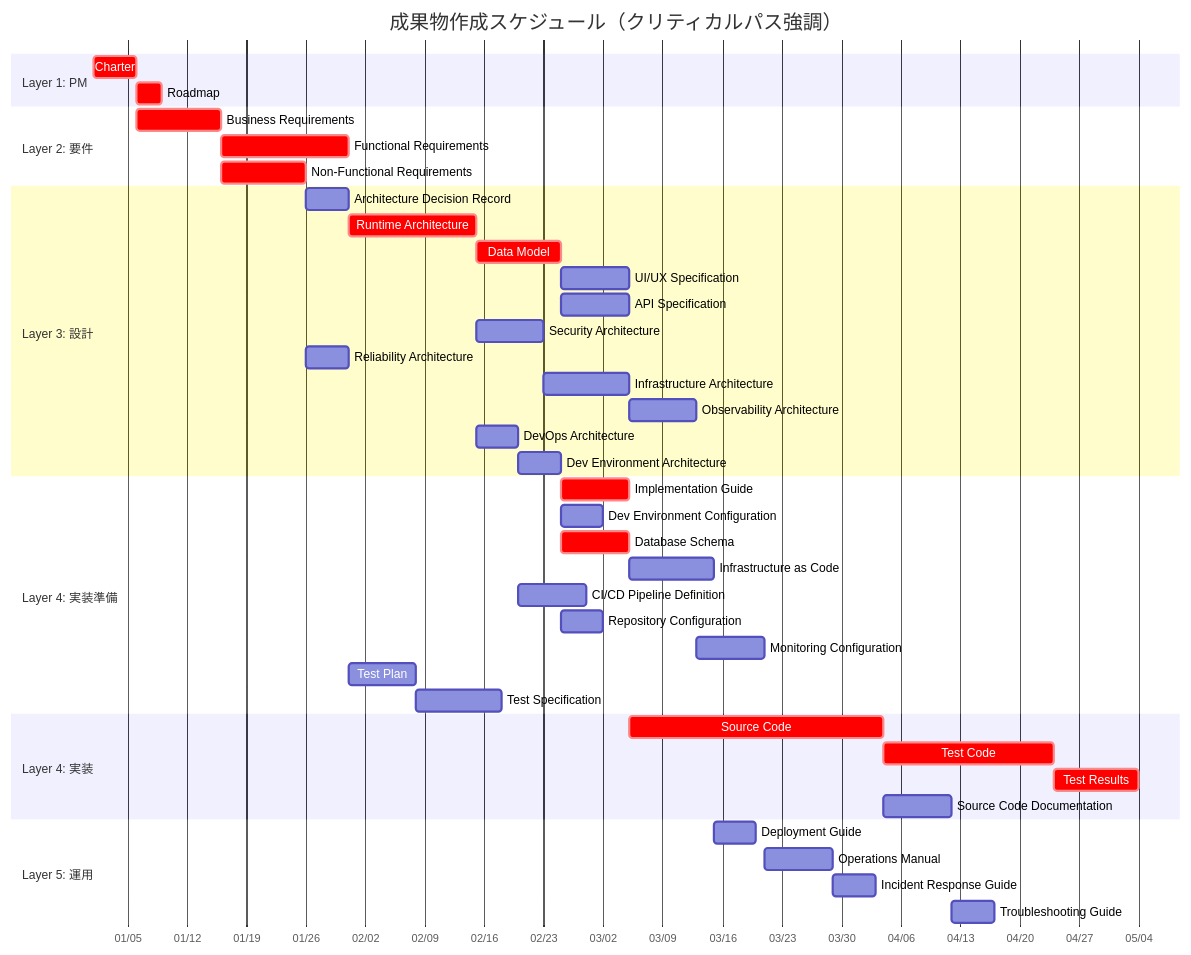
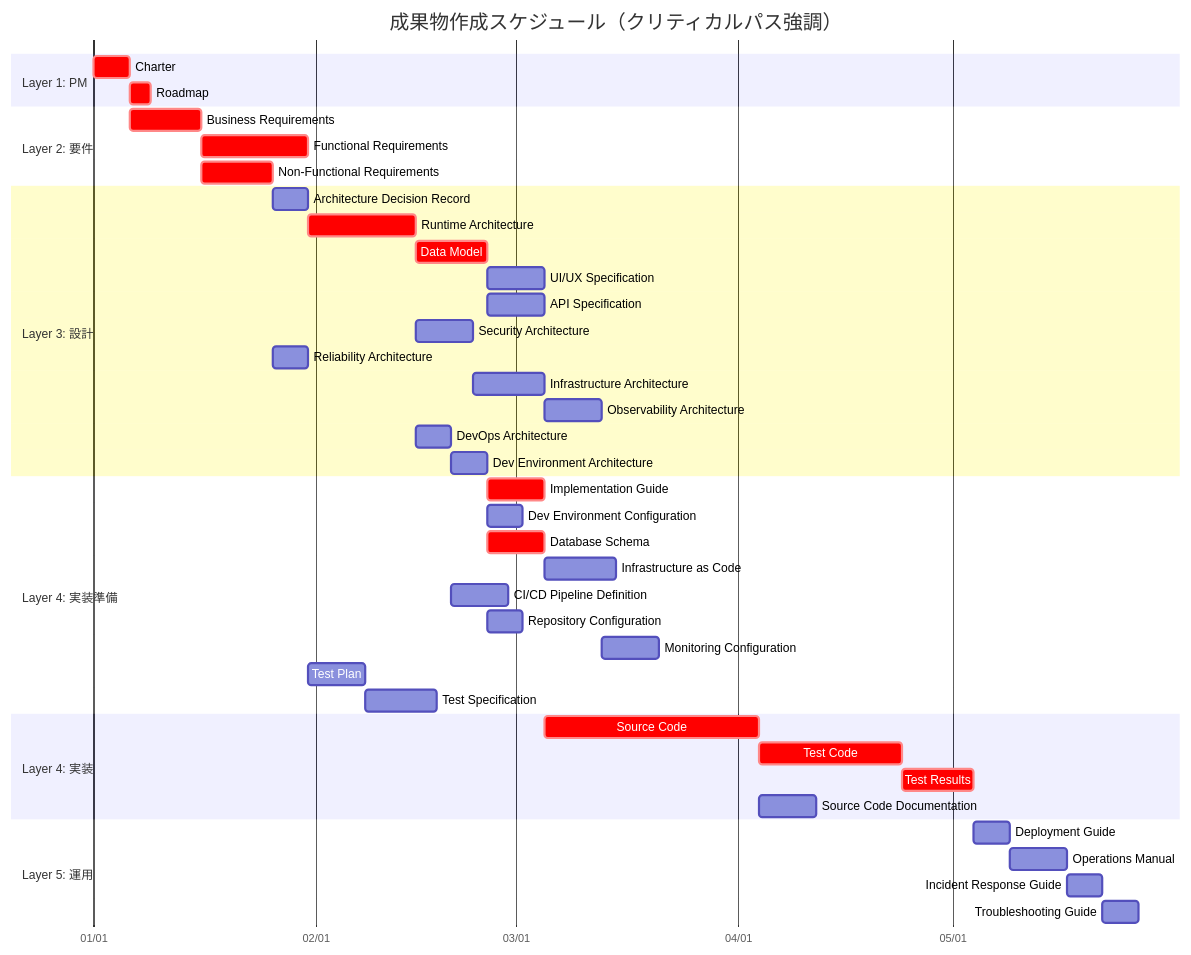
Before and after one commit to mahitotsu/ukiyoue: the third of 3 diagrams in specs/artifact-taxonomy.md, drawn with Mermaid. The commit also changed other lines of this file, not shown here.

````diff
--- a/specs/artifact-taxonomy.md
+++ b/specs/artifact-taxonomy.md
@@ -957,51 +957,51 @@
 ```mermaid
 gantt
     title 成果物作成スケジュール（クリティカルパス強調）
     dateFormat YYYY-MM-DD
     axisFormat %m/%d
 
     section Layer 1: PM
     Charter                       :crit, charter, 2025-01-01, 5d
     Roadmap                       :crit, roadmap, after charter, 3d
 
     section Layer 2: 要件
     Business Requirements         :crit, biz, after charter, 10d
     Functional Requirements       :crit, func, after biz, 15d
     Non-Functional Requirements   :crit, nonfunc, after biz, 10d
 
     section Layer 3: 設計
     Architecture Decision Record  :adr, after nonfunc, 5d
     Runtime Architecture          :crit, runtime, after nonfunc adr, 15d
     Data Model                    :crit, datamodel, after func runtime, 10d
     UI/UX Specification           :ui, after func datamodel, 8d
     API Specification             :api, after runtime datamodel, 8d
     Security Architecture         :security, after nonfunc runtime, 8d
     Reliability Architecture      :reliability, after nonfunc, 5d
     Infrastructure Architecture   :infra, after reliability runtime security, 10d
     Observability Architecture    :observ, after runtime infra reliability, 8d
     DevOps Architecture           :devops, after runtime, 5d
     Dev Environment Architecture  :devenv, after runtime devops, 5d
 
     section Layer 4: 実装準備
     Implementation Guide          :crit, implguide, after runtime security devenv devops, 8d
     Dev Environment Configuration :devenvconf, after devenv, 5d
     Database Schema               :crit, dbschema, after datamodel, 8d
     Infrastructure as Code        :iac, after infra, 10d
     CI/CD Pipeline Definition     :pipeline, after devops, 8d
     Repository Configuration      :repo, after devops devenv, 5d
     Monitoring Configuration      :monitoring, after observ, 8d
     Test Plan                     :testplan, after func nonfunc, 8d
     Test Specification            :testspec, after testplan func, 10d
 
     section Layer 4: 実装
     Source Code                   :crit, code, after func implguide ui api dbschema repo devenvconf, 30d
     Test Code                     :crit, testcode, after testspec code, 20d
     Test Results                  :crit, testresult, after testcode, 10d
     Source Code Documentation     :codedoc, after code, 8d
 
     section Layer 5: 運用
-    Deployment Guide              :deploy, after iac pipeline, 5d
-    Operations Manual             :manual, after deploy monitoring, 8d
+    Deployment Guide              :deploy, after iac pipeline testresult, 5d
+    Operations Manual             :manual, after deploy monitoring testresult, 8d
     Incident Response Guide       :incident, after observ manual, 5d
     Troubleshooting Guide         :trouble, after codedoc incident, 5d
 ```
````
